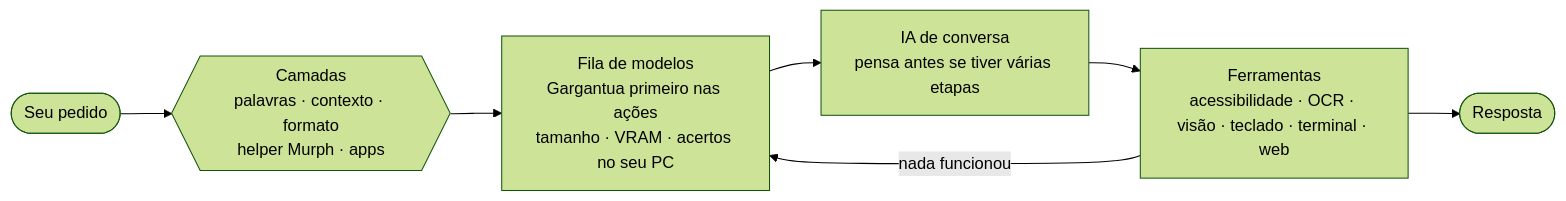
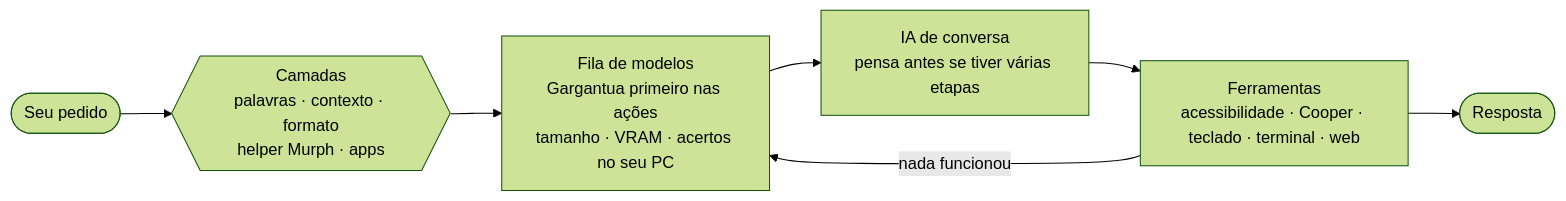
One commit to project-opentars/openTars-lightweight-local-addon changed the diagram in README.md. Above: the diagram before and after it, drawn with Mermaid (forest theme). The commit also changed other lines of this file and 1 other file, not shown here.

````diff
--- a/README.md
+++ b/README.md
@@ -206,9 +219,9 @@
 ```mermaid
 flowchart LR
     P([Seu pedido]) --> L{{"Camadas<br/>palavras · contexto · formato<br/>helper Murph · apps"}}
     L --> M["Fila de modelos<br/>Gargantua primeiro nas ações<br/>tamanho · VRAM · acertos no seu PC"]
     M --> IA["IA de conversa<br/>pensa antes se tiver várias etapas"]
-    IA --> F["Ferramentas<br/>acessibilidade · OCR · visão · teclado · terminal · web"]
+    IA --> F["Ferramentas<br/>acessibilidade · Cooper · teclado · terminal · web"]
     F -- "nada funcionou" --> M
     F --> S([Resposta])
 ```
````
